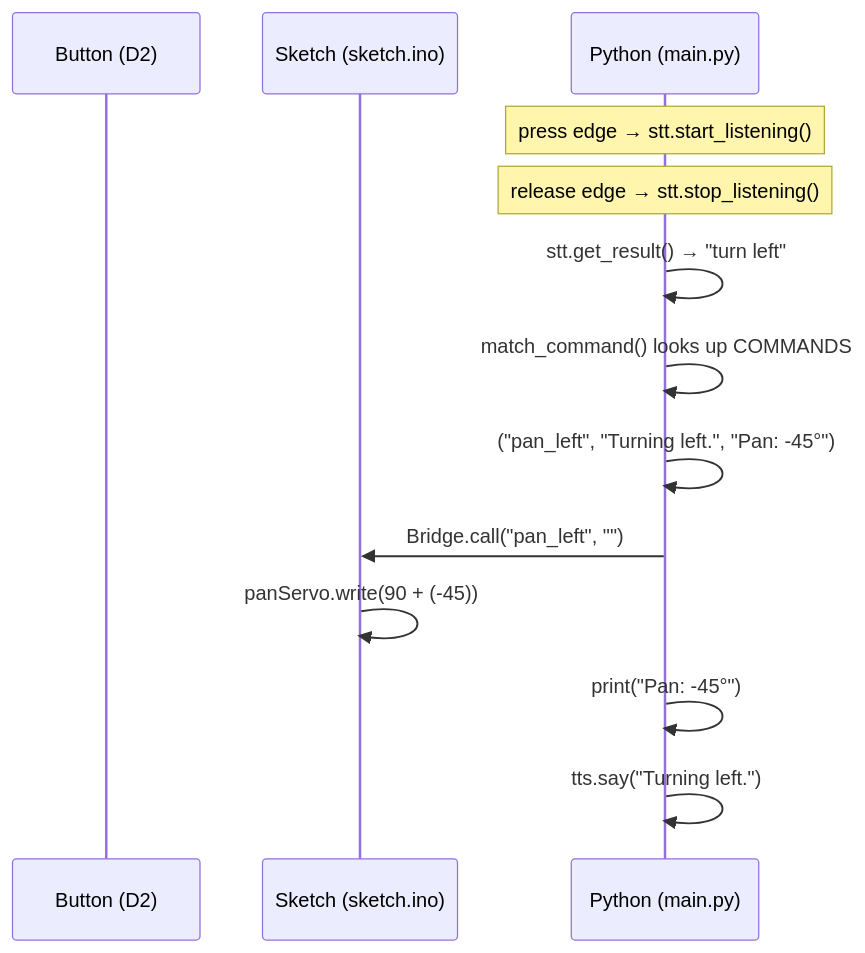
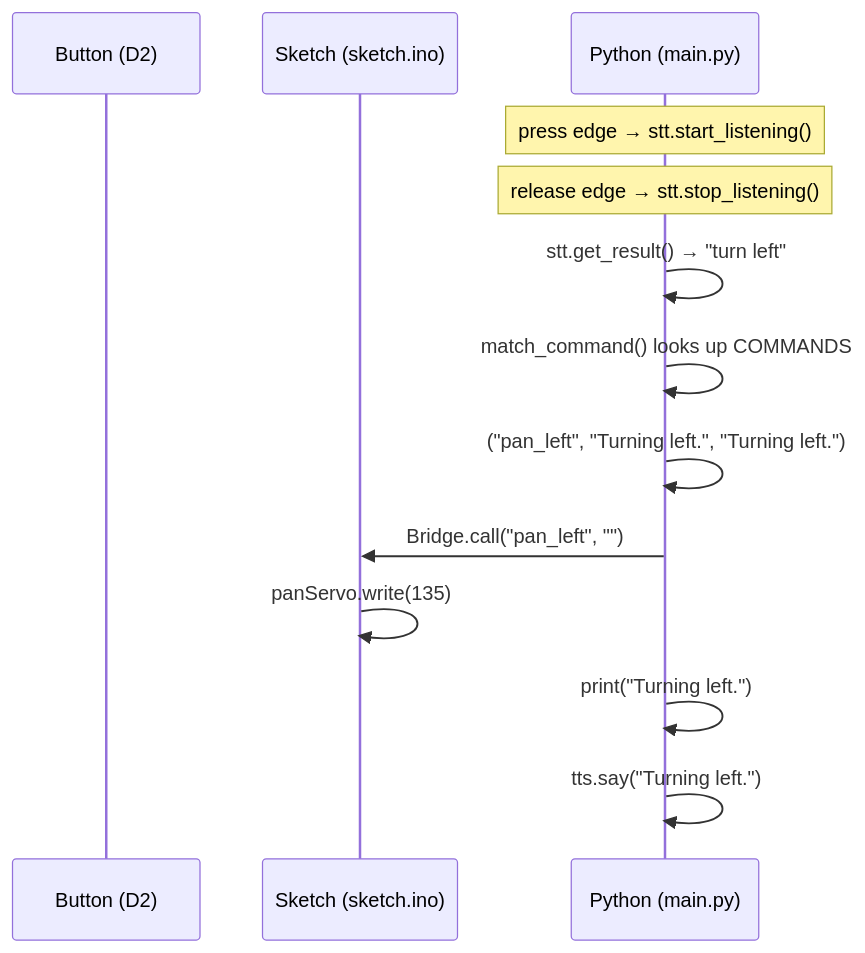
One commit to sunfounder/unoq-ai-kit changed the diagram in docs/source/media/7_voice_pan_tilt.rst. Above: the diagram before and after it, drawn with Mermaid. The commit also changed other lines of this file and 34 other files, not shown here.

```diff
--- a/docs/source/media/7_voice_pan_tilt.rst
+++ b/docs/source/media/7_voice_pan_tilt.rst
@@ -90,16 +90,16 @@
 .. mermaid::
 
    sequenceDiagram
        participant B as Button (D2)
        participant S as Sketch (sketch.ino)
        participant P as Python (main.py)
 
        Note over P: press edge → stt.start_listening()
        Note over P: release edge → stt.stop_listening()
        P->>P: stt.get_result() → "turn left"
        P->>P: match_command() looks up COMMANDS
-       P->>P: ("pan_left", "Turning left.", "Pan: -45°")
+       P->>P: ("pan_left", "Turning left.", "Turning left.")
        P->>S: Bridge.call("pan_left", "")
-       S->>S: panServo.write(90 + (-45))
-       P->>P: print("Pan: -45°")
+       S->>S: panServo.write(135)
+       P->>P: print("Turning left.")
        P->>P: tts.say("Turning left.")
```
